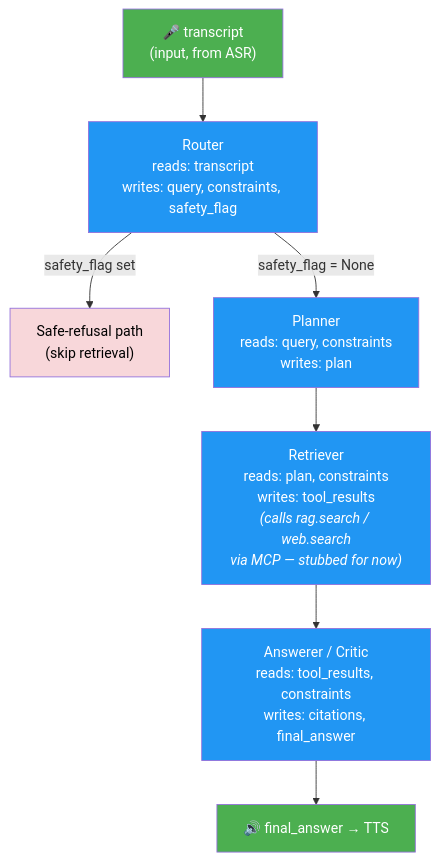
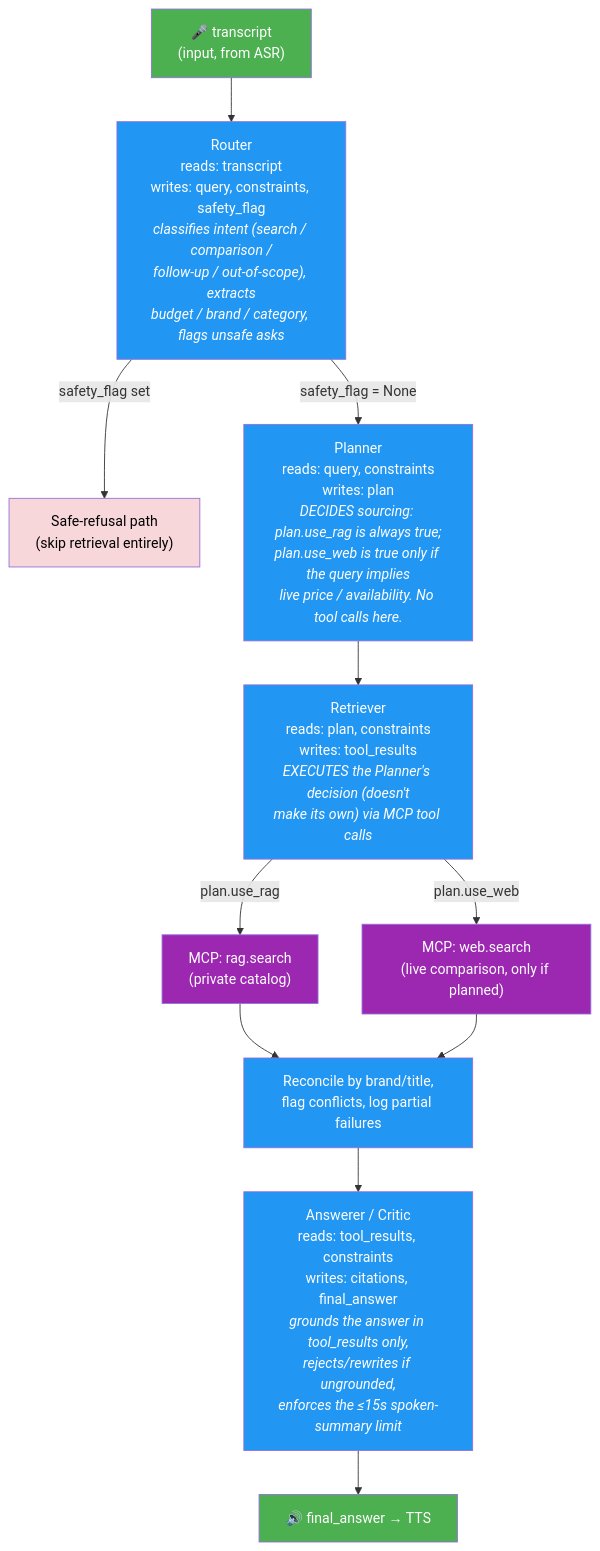
One commit to pareeyaporn/Agentic-Voice-to-Voice-AI changed the diagram in Architecture/graph_state_flow.mermaid. Above: the diagram before and after it, drawn with Mermaid. The commit also changed 18 other files, not shown here.

```diff
--- a/Architecture/graph_state_flow.mermaid
+++ b/Architecture/graph_state_flow.mermaid
@@ -1,23 +1,30 @@
 graph TD
     A["🎤 transcript<br/>(input, from ASR)"] --> B
 
-    B["Router<br/>reads: transcript<br/>writes: query, constraints, safety_flag"]
-    B -->|safety_flag set| C["Safe-refusal path<br/>(skip retrieval)"]
+    B["Router<br/>reads: transcript<br/>writes: query, constraints, safety_flag<br/><i>classifies intent (search / comparison /<br/>follow-up / out-of-scope), extracts<br/>budget / brand / category, flags unsafe asks</i>"]
+    B -->|safety_flag set| C["Safe-refusal path<br/>(skip retrieval entirely)"]
     B -->|safety_flag = None| D
 
-    D["Planner<br/>reads: query, constraints<br/>writes: plan"]
+    D["Planner<br/>reads: query, constraints<br/>writes: plan<br/><i>DECIDES sourcing: plan.use_rag is always true;<br/>plan.use_web is true only if the query implies<br/>live price / availability. No tool calls here.</i>"]
     D --> E
 
-    E["Retriever<br/>reads: plan, constraints<br/>writes: tool_results<br/><i>(calls rag.search / web.search<br/>via MCP — stubbed for now)</i>"]
-    E --> F
+    E["Retriever<br/>reads: plan, constraints<br/>writes: tool_results<br/><i>EXECUTES the Planner's decision (doesn't<br/>make its own) via MCP tool calls</i>"]
+    E -->|plan.use_rag| E1["MCP: rag.search<br/>(private catalog)"]
+    E -->|plan.use_web| E2["MCP: web.search<br/>(live comparison, only if planned)"]
+    E1 --> E3["Reconcile by brand/title,<br/>flag conflicts, log partial failures"]
+    E2 --> E3
+    E3 --> F
 
-    F["Answerer / Critic<br/>reads: tool_results, constraints<br/>writes: citations, final_answer"]
+    F["Answerer / Critic<br/>reads: tool_results, constraints<br/>writes: citations, final_answer<br/><i>grounds the answer in tool_results only,<br/>rejects/rewrites if ungrounded,<br/>enforces the ≤15s spoken-summary limit</i>"]
     F --> G["🔊 final_answer → TTS"]
 
     style A fill:#4CAF50,color:#fff
     style G fill:#4CAF50,color:#fff
     style B fill:#2196F3,color:#fff
     style D fill:#2196F3,color:#fff
     style E fill:#2196F3,color:#fff
     style F fill:#2196F3,color:#fff
     style C fill:#f8d7da,color:#000
+    style E1 fill:#9C27B0,color:#fff
+    style E2 fill:#9C27B0,color:#fff
+    style E3 fill:#2196F3,color:#fff
```
